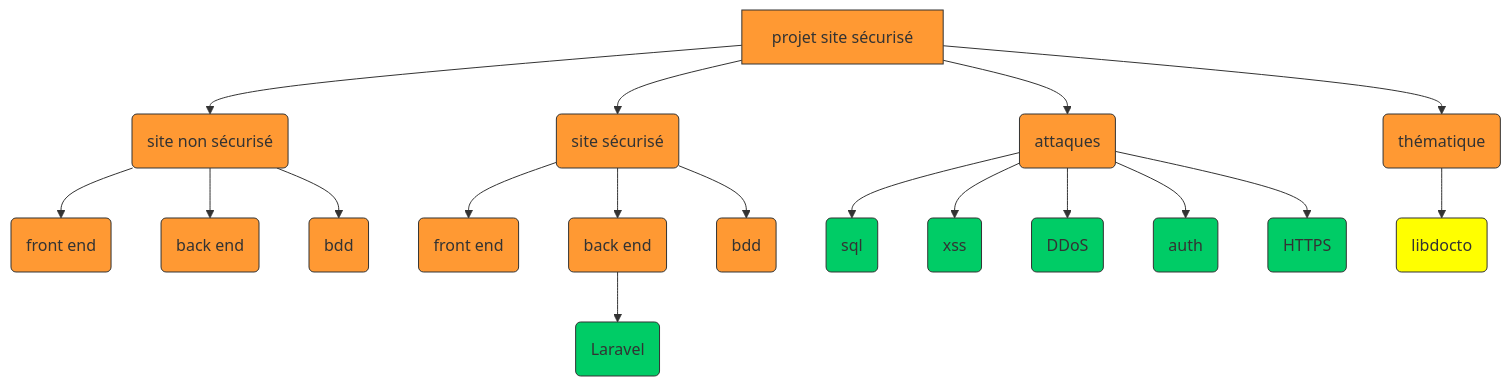
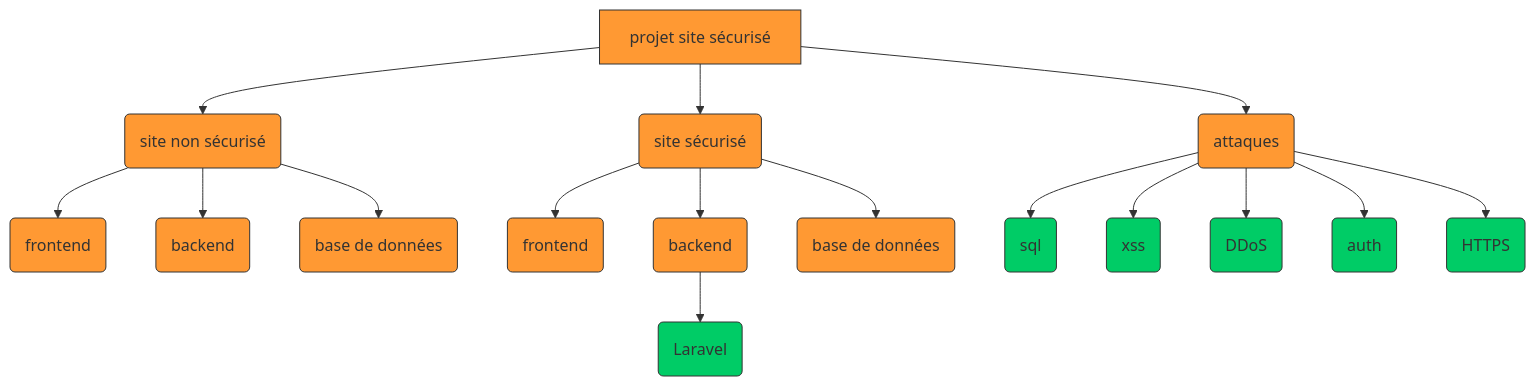
The second of 3 diagrams in README.md (Alexis-LF/projet-site-securise), drawn with Mermaid before and after one commit. The commit also changed other lines of this file, not shown here.

````diff
--- a/README.md
+++ b/README.md
@@ -34,50 +58,45 @@
 ```mermaid
 
 flowchart TD
     %% définitions des classes pour le style (comme le css)
     classDef fPrincipales fill:#ff9933,stroke:#333,stroke-width:1px;
     classDef fSecondaires fill:#ffff00,stroke:#333,stroke-width:1px;
     classDef contraintes fill:#00cc66,stroke:#333,stroke-width:1px;
     classDef fEstime fill:#99ffcc,stroke:#333,stroke-width:1px;
 
     %% racine
     id1[	projet site sécurisé	]; 
     class id1 fPrincipales;
 
     %% projet site sécurisé
     id1-->	id2(    site non sécurisé	);
     id1-->	id3(    site sécurisé	);
     id1-->	id4(    attaques	);
-    id1-->	id5(    thématique	);
     class id2,id3,id4,id5 fPrincipales;
 
 
     %% site non sécurisé
-    id2-->	id6(    front end	);
-    id2-->	id7(    back end	);
-    id2-->	id8(    bdd	);
+    id2-->	id6(    frontend	);
+    id2-->	id7(    backend	);
+    id2-->	id8(    base de données	);
     class id6,id7,id8 fPrincipales;
     
 
     %% site sécurisé
-    id3-->	id9(    front end 	);
-    id3-->	id16(   back end 	);
-    id3-->	id10(   bdd 	);
+    id3-->	id9(    frontend 	);
+    id3-->	id16(   backend 	);
+    id3-->	id10(   base de données 	);
     class id9,id16,id10 fPrincipales;
     
     %% attaques
     id4-->	id11(   sql	);
     id4-->	id12(   xss	);
     id4-->	id13(   DDoS	);
     id4-->	id14(   auth	);
     id4-->	id15(   HTTPS	);
     class id11,id12,id13,id14,id15 contraintes;
     
-    %% thématique
-    id5-->	id18(   libdocto	);
-    class id18 fSecondaires;
-    
-    %% back end sécurisé
+    %% backend sécurisé
     id16--> id17(   Laravel	);
     class id17 contraintes;
 ```
````
